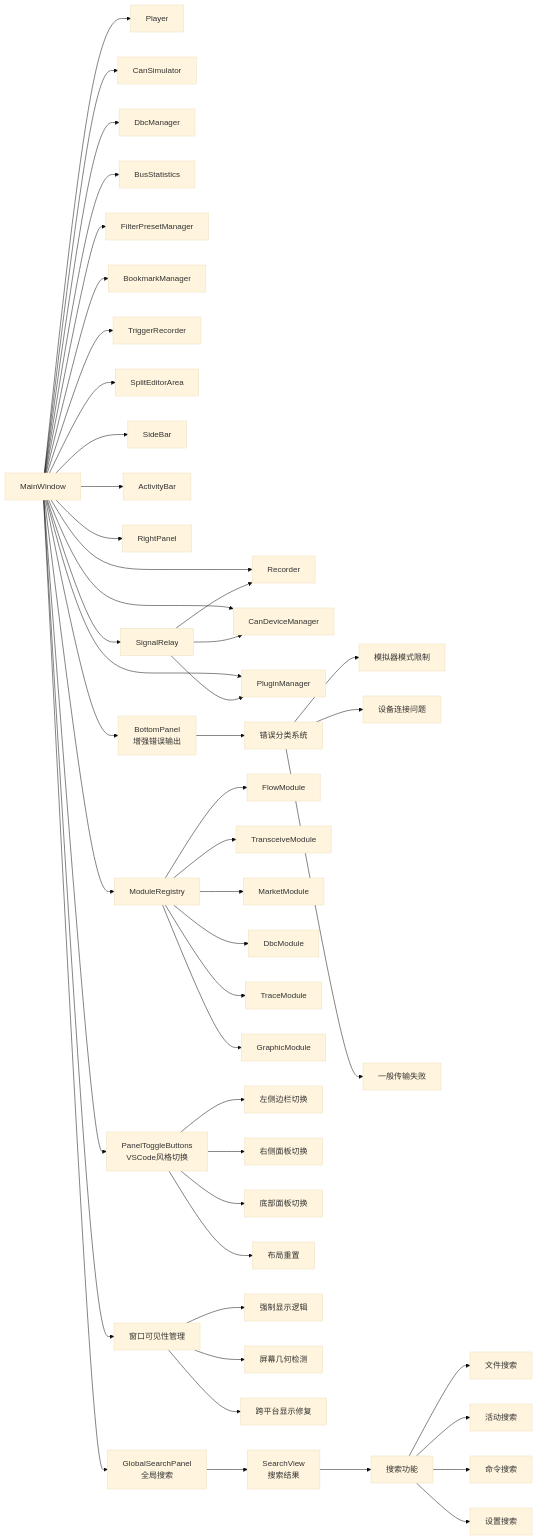
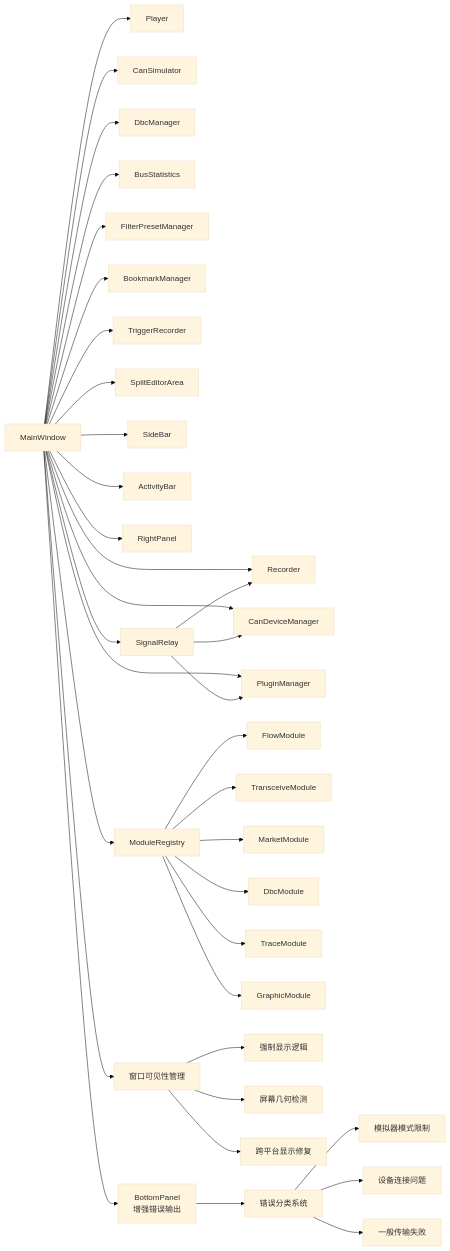
One commit to jakecai1225-design/OpenBus changed the tenth of 10 diagrams in .qoder/repowiki/zh/content/架构设计/主窗口组件架构.md. Above: the diagram before and after it, drawn with Mermaid (base theme). The commit also changed other lines of this file and 151 other files, not shown here.

````diff
--- a/.qoder/repowiki/zh/content/架构设计/主窗口组件架构.md
+++ b/.qoder/repowiki/zh/content/架构设计/主窗口组件架构.md
@@ -842,49 +531,37 @@
 ```mermaid
 graph LR
 MW["MainWindow"] --> R["Recorder"]
 MW --> P["Player"]
 MW --> S["CanSimulator"]
 MW --> DM["CanDeviceManager"]
 MW --> DBM["DbcManager"]
 MW --> BS["BusStatistics"]
 MW --> FPM["FilterPresetManager"]
 MW --> BM["BookmarkManager"]
 MW --> TR["TriggerRecorder"]
 MW --> PM["PluginManager"]
 MW --> EA["SplitEditorArea"]
 MW --> SB["SideBar"]
 MW --> AB["ActivityBar"]
 MW --> RP["RightPanel"]
 MW --> BP["BottomPanel<br/>增强错误输出"]
-MW --> PT["PanelToggleButtons<br/>VSCode风格切换"]
-MW --> SP["GlobalSearchPanel<br/>全局搜索"]
-SP --> SV["SearchView<br/>搜索结果"]
 MW --> WS["窗口可见性管理"]
 MW --> MR["ModuleRegistry"]
 MW --> SR["SignalRelay"]
 MR --> FM["FlowModule"]
 MR --> TM["TransceiveModule"]
 MR --> MM["MarketModule"]
 MR --> DBCM["DbcModule"]
 MR --> TCM["TraceModule"]
 MR --> GM["GraphicModule"]
 SR --> DM
 SR --> PM
 SR --> R
-PT --> LD["左侧边栏切换"]
-PT --> RD["右侧面板切换"]
-PT --> BD["底部面板切换"]
-PT --> RL["布局重置"]
 WS --> SW["强制显示逻辑"]
 WS --> SD["屏幕几何检测"]
 WS --> CP["跨平台显示修复"]
 BP --> ERR["错误分类系统"]
 ERR --> SIM["模拟器模式限制"]
 ERR --> CONN["设备连接问题"]
 ERR --> GEN["一般传输失败"]
-SV --> SEARCH["搜索功能"]
-SEARCH --> FILES["文件搜索"]
-SEARCH --> ACTIVITIES["活动搜索"]
-SEARCH --> COMMANDS["命令搜索"]
-SEARCH --> SETTINGS["设置搜索"]
 ```
````
